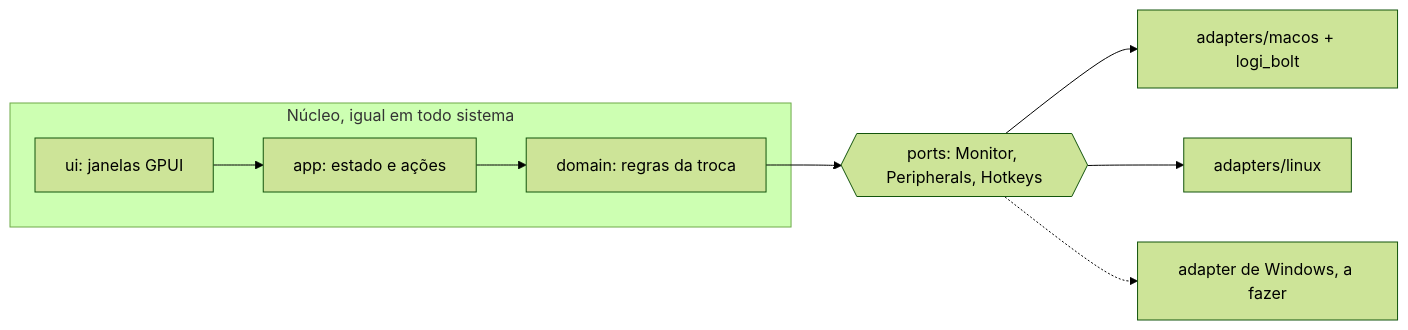
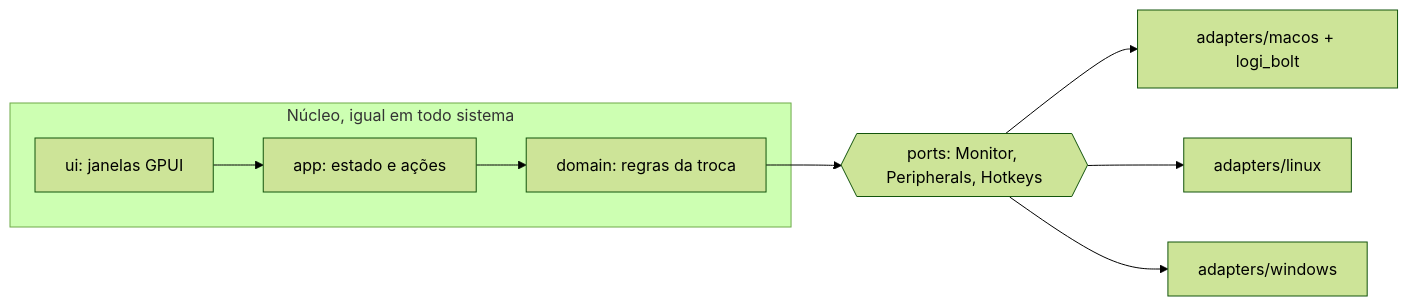
The diagram in README.md (mpgxc/kvm-switch), drawn with Mermaid (forest theme) before and after one commit. The commit also changed other lines of this file and 11 other files, not shown here.

````diff
--- a/README.md
+++ b/README.md
@@ -123,11 +145,11 @@
 ```mermaid
 flowchart LR
   subgraph nucleo [Núcleo, igual em todo sistema]
     ui[ui: janelas GPUI] --> app[app: estado e ações]
     app --> domain[domain: regras da troca]
   end
   domain --> ports{{ports: Monitor, Peripherals, Hotkeys}}
   ports --> mac[adapters/macos + logi_bolt]
   ports --> linux[adapters/linux]
-  ports -.-> outros[adapter de Windows, a fazer]
+  ports --> windows[adapters/windows]
 ```
````
